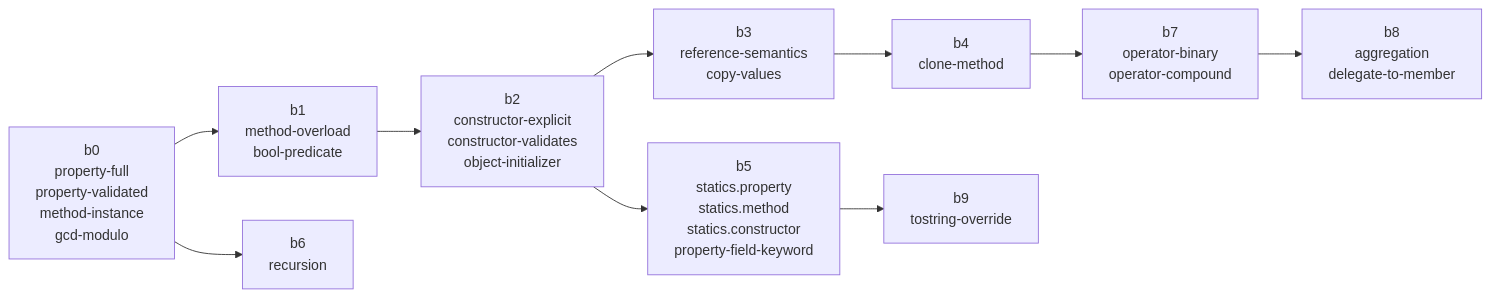
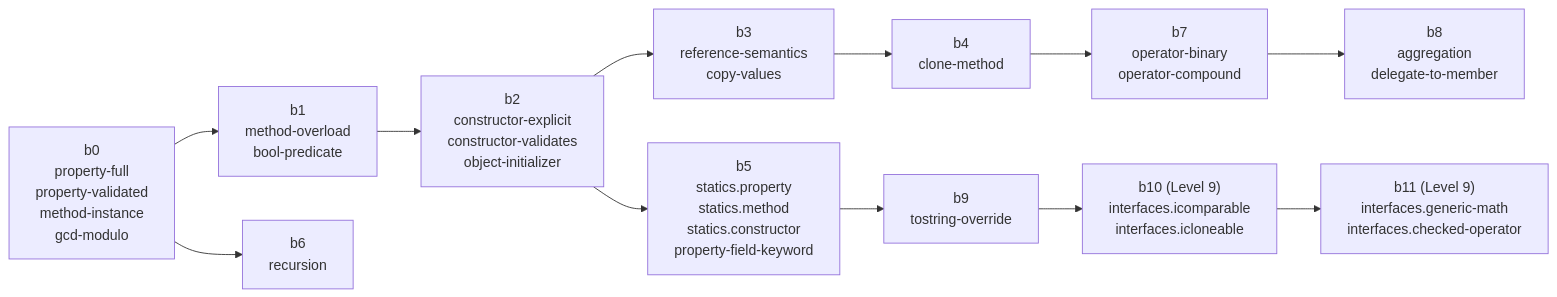
Before and after one commit to daniel-kuon/seesharp-course: the second of 2 diagrams in docs/SKILLS.md, drawn with Mermaid. The commit also changed other lines of this file and 75 other files, not shown here.

First line of the commit message:
Level 9: Interfaces; skills for levels 7-9; docs/SKILLS.md

````diff
--- a/docs/SKILLS.md
+++ b/docs/SKILLS.md
@@ -149,17 +206,20 @@
 ```mermaid
 flowchart LR
   b0["b0<br/>property-full<br/>property-validated<br/>method-instance<br/>gcd-modulo"]
   b1["b1<br/>method-overload<br/>bool-predicate"]
   b2["b2<br/>constructor-explicit<br/>constructor-validates<br/>object-initializer"]
   b3["b3<br/>reference-semantics<br/>copy-values"]
   b4["b4<br/>clone-method"]
   b5["b5<br/>statics.property<br/>statics.method<br/>statics.constructor<br/>property-field-keyword"]
   b6["b6<br/>recursion"]
   b7["b7<br/>operator-binary<br/>operator-compound"]
   b8["b8<br/>aggregation<br/>delegate-to-member"]
   b9["b9<br/>tostring-override"]
+  b10["b10 (Level 9)<br/>interfaces.icomparable<br/>interfaces.icloneable"]
+  b11["b11 (Level 9)<br/>interfaces.generic-math<br/>interfaces.checked-operator"]
   b0 --> b1 --> b2 --> b3 --> b4 --> b7 --> b8
   b2 --> b5
   b0 --> b6
   b5 --> b9
+  b9 --> b10 --> b11
 ```
````
